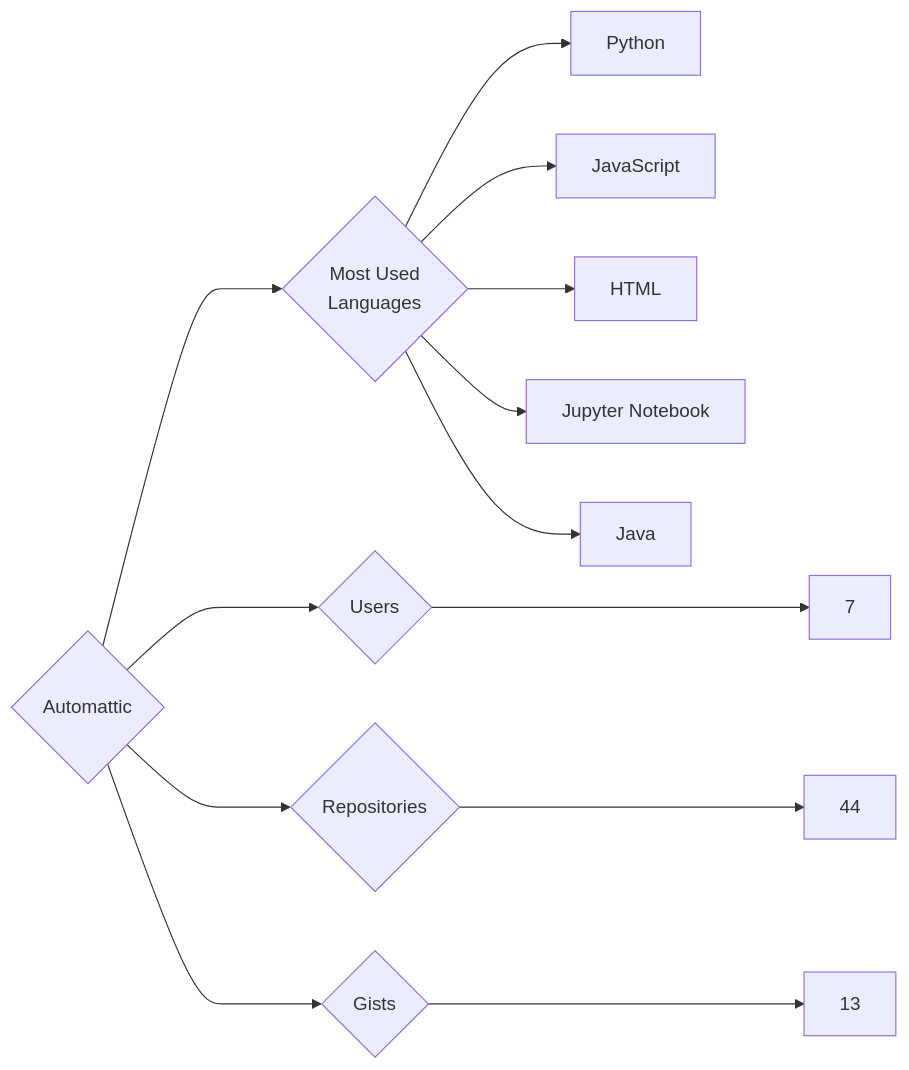
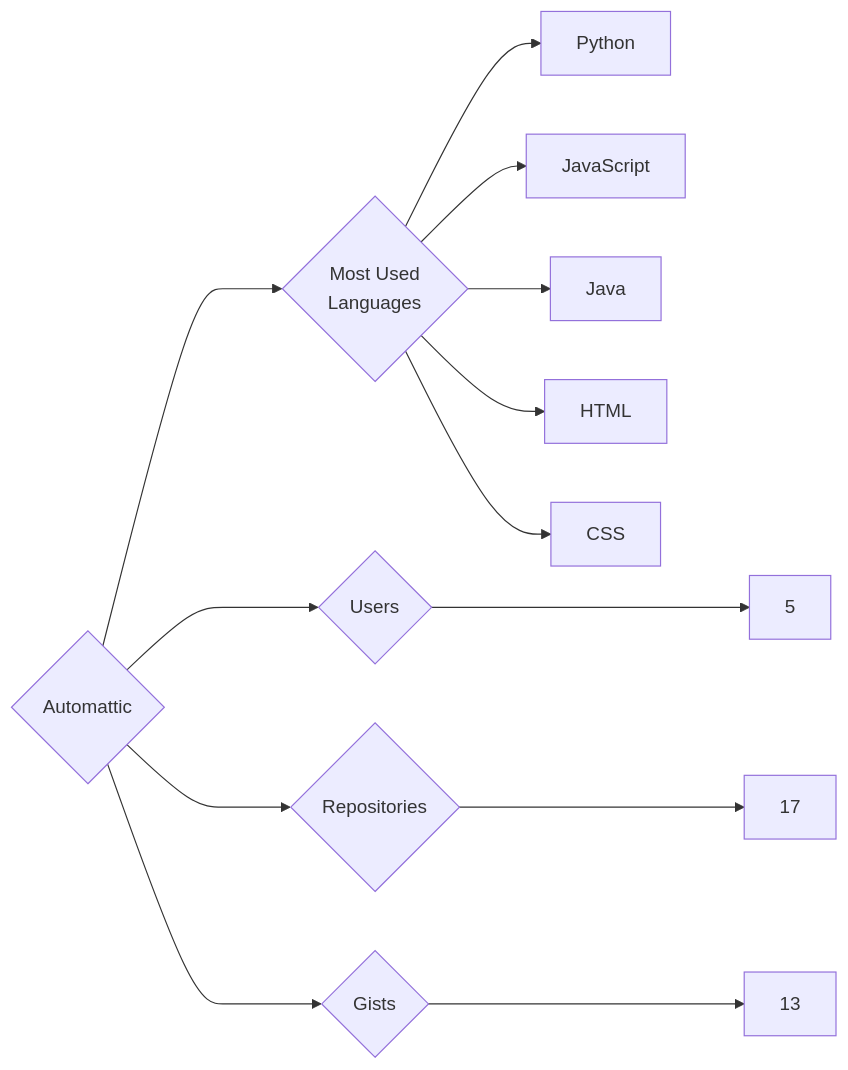
The diagram in targets/Automattic/README.md (trickest/insiders), drawn with Mermaid before and after one commit. The commit also changed 1123 other files, not shown here.

````diff
--- a/targets/Automattic/README.md
+++ b/targets/Automattic/README.md
@@ -3,13 +3,13 @@
 ```mermaid
 graph LR
 COMPANY_NAME{Automattic}
-COMPANY_NAME ---> U{Users} ---> UN[7]
-COMPANY_NAME ---> R{Repositories} ---> RN[44]
+COMPANY_NAME ---> U{Users} ---> UN[5]
+COMPANY_NAME ---> R{Repositories} ---> RN[17]
 COMPANY_NAME ---> G{Gists} ---> GN[13]
 COMPANY_NAME ---> ML{Most Used<br>Languages}
 ML --> Python[Python]
 ML --> JavaScript[JavaScript]
+ML --> Java[Java]
 ML --> HTML[HTML]
-ML --> Jupyter_Notebook[Jupyter Notebook]
-ML --> Java[Java]
+ML --> CSS[CSS]
 ```
````
